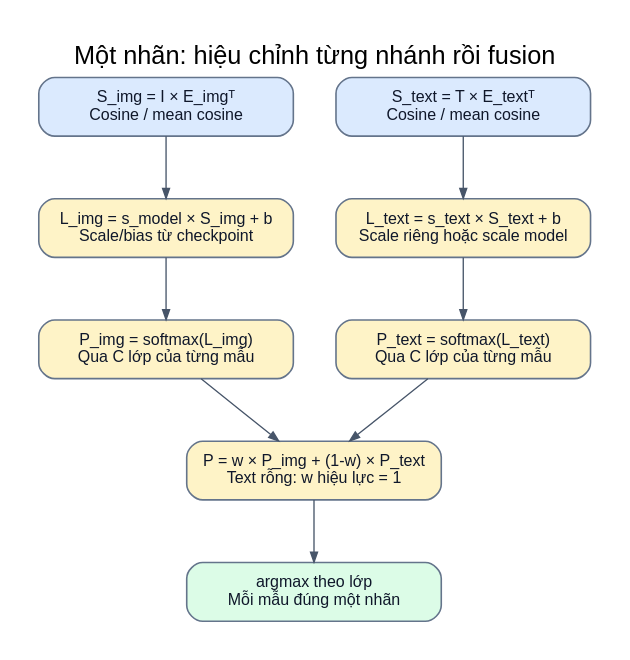
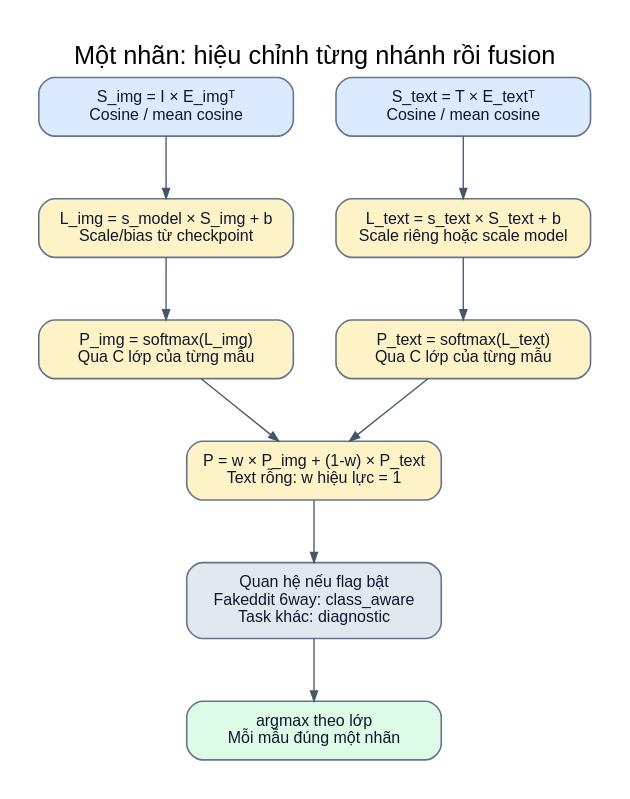
Before and after one commit to nguyenmanhhung3105/ZeroShot_Classification_Multimodal: the diagram in docs/so_do_he_thong/so_do/06_single_label.dot, drawn with Graphviz. The commit also changed 48 other files, not shown here.

```diff
--- a/docs/so_do_he_thong/so_do/06_single_label.dot
+++ b/docs/so_do_he_thong/so_do/06_single_label.dot
@@ -1,31 +1,33 @@
 digraph G {
 graph [rankdir=TB, bgcolor="white", fontname="Arial", fontsize=19,
   pad=0.3, nodesep=0.45, ranksep=0.65, splines=polyline,
   labelloc=t, label="Một nhãn: hiệu chỉnh từng nhánh rồi fusion"];
 node [shape=box, style="rounded,filled", fontname="Arial", fontsize=12,
   color="#64748b", fontcolor="#0f172a", penwidth=1.2,
   margin="0.18,0.12", width=2.65];
 edge [fontname="Arial", fontsize=10, color="#475569",
   fontcolor="#334155", arrowsize=0.75];
 i [label="S_img = I × E_imgᵀ\nCosine / mean cosine", fillcolor="#dbeafe"];
 t [label="S_text = T × E_textᵀ\nCosine / mean cosine", fillcolor="#dbeafe"];
 il [label="L_img = s_model × S_img + b\nScale/bias từ checkpoint", fillcolor="#fef3c7"];
 tl [label="L_text = s_text × S_text + b\nScale riêng hoặc scale model", fillcolor="#fef3c7"];
 ip [label="P_img = softmax(L_img)\nQua C lớp của từng mẫu", fillcolor="#fef3c7"];
 tp [label="P_text = softmax(L_text)\nQua C lớp của từng mẫu", fillcolor="#fef3c7"];
 f [label="P = w × P_img + (1-w) × P_text\nText rỗng: w hiệu lực = 1", fillcolor="#fef3c7"];
+rel [label="Quan hệ nếu flag bật\nFakeddit 6way: class_aware\nTask khác: diagnostic", fillcolor="#e2e8f0"];
 o [label="argmax theo lớp\nMỗi mẫu đúng một nhãn", fillcolor="#dcfce7"];
 i -> il;
 t -> tl;
 il -> ip;
 tl -> tp;
 ip -> f;
 tp -> f;
-f -> o;
+f -> rel;
+rel -> o;
 {rank=same; i; t;}
 i -> t [style=invis, weight=100];
 {rank=same; il; tl;}
 il -> tl [style=invis, weight=100];
 {rank=same; ip; tp;}
 ip -> tp [style=invis, weight=100];
 }
```
